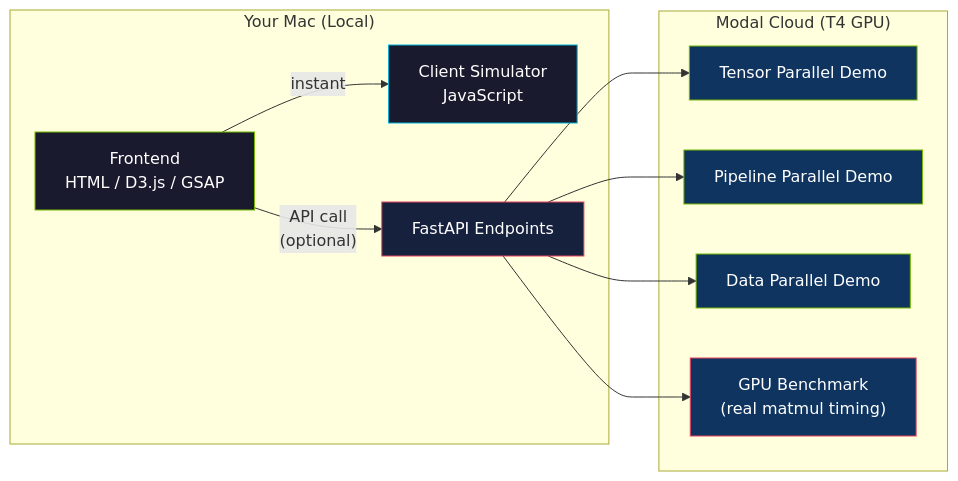
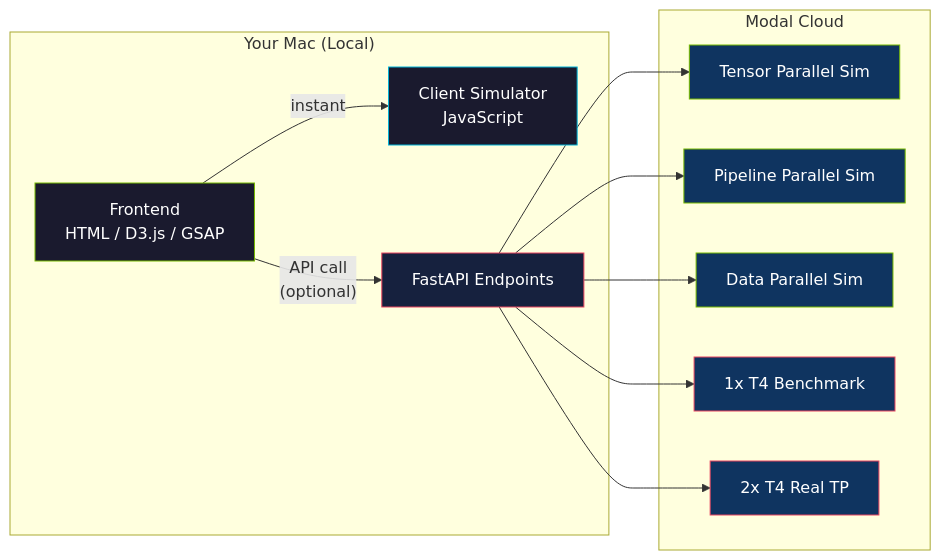
Before and after one commit to nsudhanva/megatron: the first of 7 diagrams in README.md, drawn with Mermaid. The commit also changed other lines of this file and 6 other files, not shown here.

First line of the commit message:
feat: add multi-GPU TP benchmark (2x T4) with D3 visualizations

````diff
--- a/README.md
+++ b/README.md
@@ -19,20 +19,22 @@
 ```mermaid
 graph LR
     subgraph "Your Mac (Local)"
         A["Frontend<br/>HTML / D3.js / GSAP"] -->|instant| B["Client Simulator<br/>JavaScript"]
         A -->|"API call<br/>(optional)"| C
     end
-    subgraph "Modal Cloud (T4 GPU)"
-        C["FastAPI Endpoints"] --> D["Tensor Parallel Demo"]
-        C --> E["Pipeline Parallel Demo"]
-        C --> F["Data Parallel Demo"]
-        C --> G["GPU Benchmark<br/>(real matmul timing)"]
+    subgraph "Modal Cloud"
+        C["FastAPI Endpoints"] --> D["Tensor Parallel Sim"]
+        C --> E["Pipeline Parallel Sim"]
+        C --> F["Data Parallel Sim"]
+        C --> G["1x T4 Benchmark"]
+        C --> H["2x T4 Real TP"]
     end
     style A fill:#1a1a2e,stroke:#76b900,color:#fff
     style B fill:#1a1a2e,stroke:#00b4d8,color:#fff
     style C fill:#16213e,stroke:#e94560,color:#fff
     style D fill:#0f3460,stroke:#76b900,color:#fff
     style E fill:#0f3460,stroke:#76b900,color:#fff
     style F fill:#0f3460,stroke:#76b900,color:#fff
     style G fill:#0f3460,stroke:#e94560,color:#fff
+    style H fill:#0f3460,stroke:#e94560,color:#fff
 ```
````
